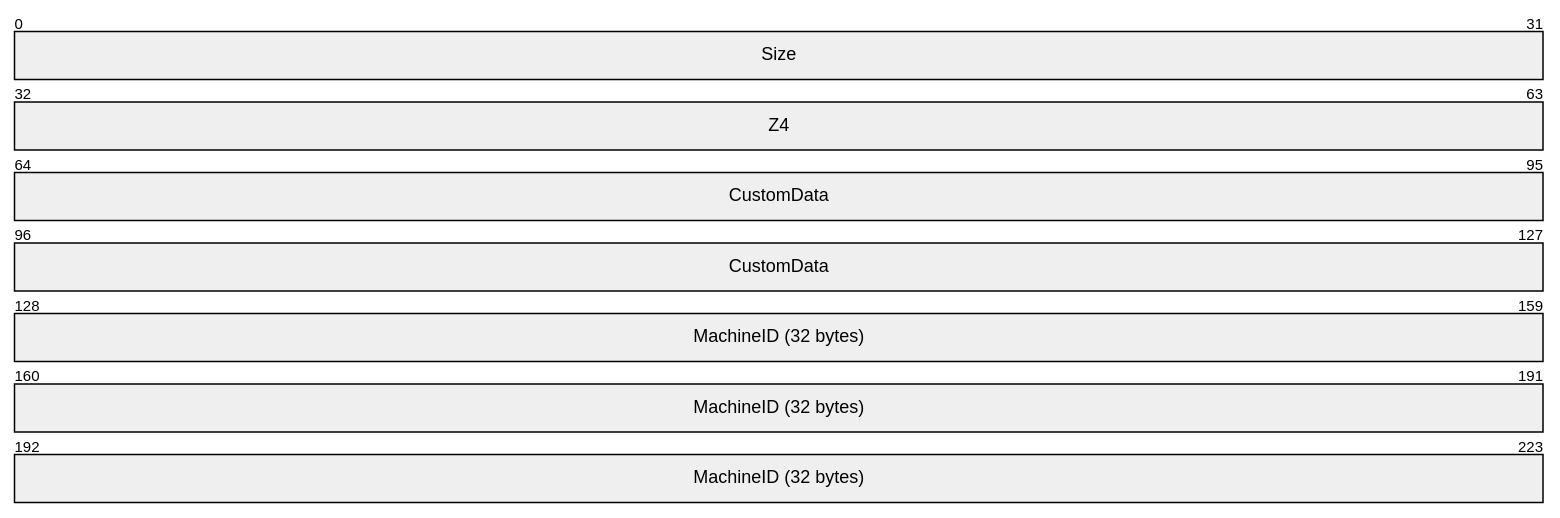
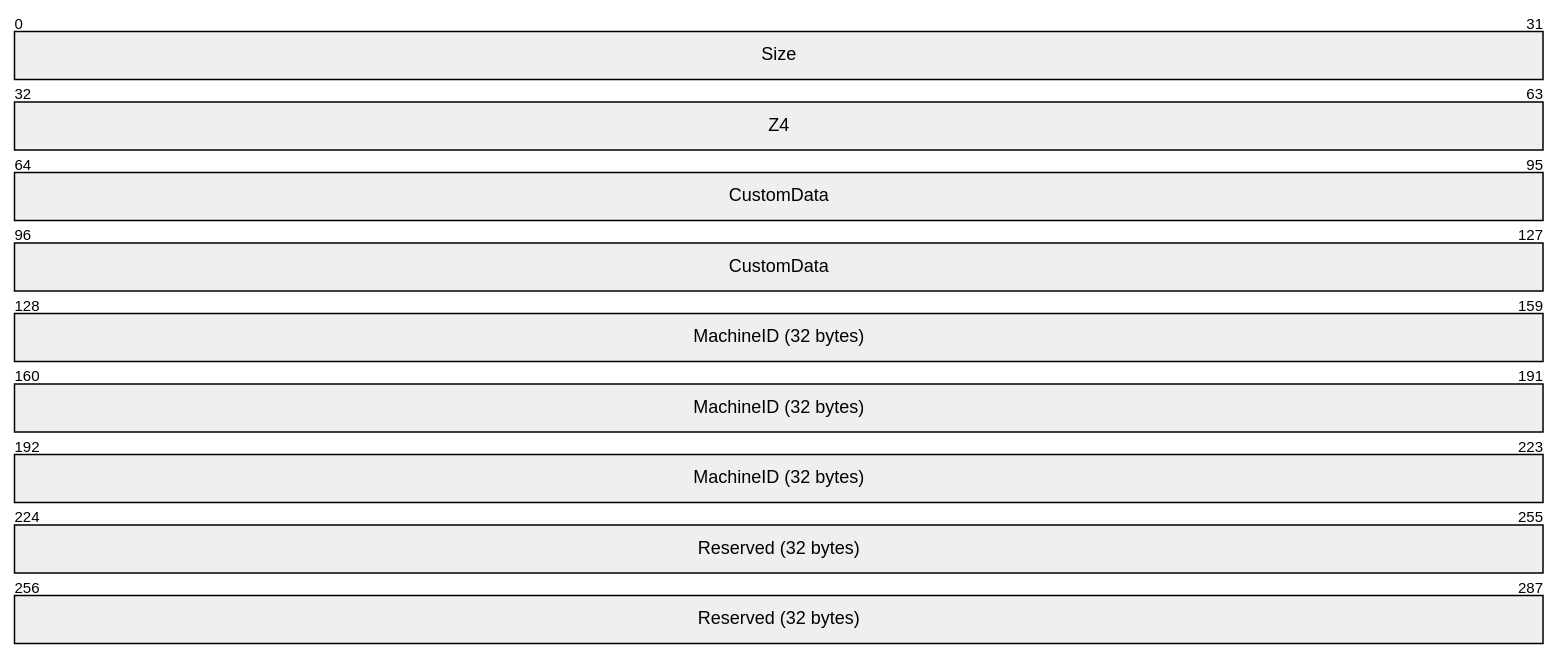
Before and after one commit to awakecoding/openspecs: diagram 19 of 28 in skills/windows-protocols/MS-NLMP/MS-NLMP.md, drawn with Mermaid (neutral theme). The commit also changed other lines of this file and 18 other files, not shown here.

````diff
--- a/skills/windows-protocols/MS-NLMP/MS-NLMP.md
+++ b/skills/windows-protocols/MS-NLMP/MS-NLMP.md
@@ -923,7 +927,8 @@
 ```mermaid
 packet-beta
   0-31: "Size"
   32-63: "Z4"
   64-127: "CustomData"
   128-223: "MachineID (32 bytes)"
+  224-287: "Reserved (32 bytes)"
 ```
````
